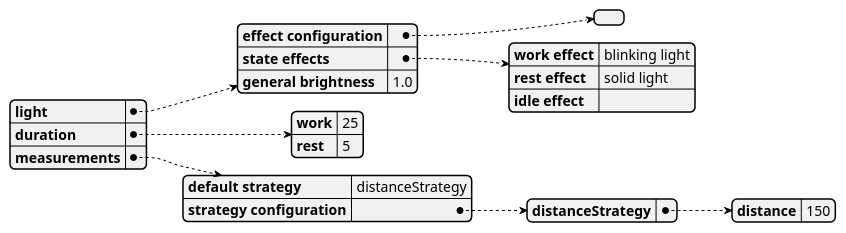
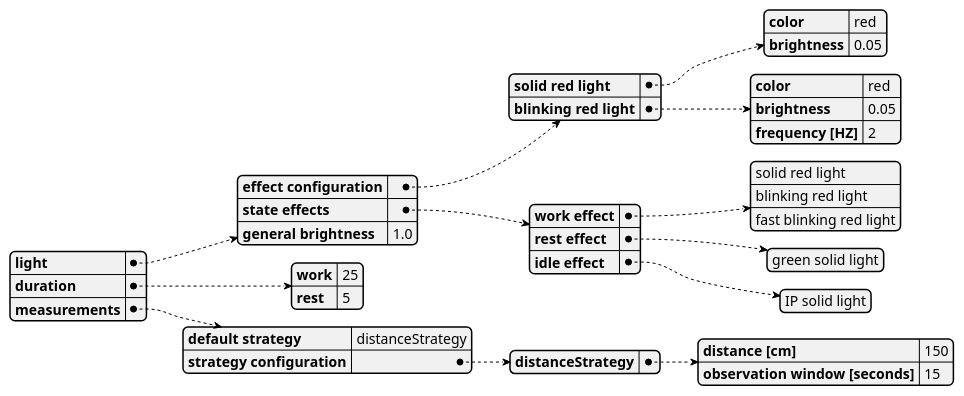
The diagram in docs/uml/configuration.puml (gmol/break-monitor), drawn with PlantUML before and after one commit. The commit also changed 2 other files, not shown here.

```diff
--- a/docs/uml/configuration.puml
+++ b/docs/uml/configuration.puml
@@ -1,25 +1,40 @@
 @startjson
 {
    "light":{
-     "effect configuration":{},
+     "effect configuration":{
+        "solid red light": {
+            "color": "red",
+            "brightness": 0.05
+        },
+        "blinking red light": {
+            "color": "red",
+            "brightness": 0.05,
+            "frequency [HZ]": 2
+        }
+     },
      "state effects": {
-       "work effect": "blinking light",
-       "rest effect": "solid light",
-       "idle effect": ""
+       "work effect": [
+        "solid red light",
+        "blinking red light",
+        "fast blinking red light"
+       ],
+       "rest effect": ["green solid light"],
+       "idle effect": ["IP solid light"]
      },
-     "general brightness": "1.0"
+     "general brightness": 1.0
    },
    "duration": {
-     "work" : "25",
-     "rest" : "5"
+     "work" : 25,
+     "rest" : 5
    },
    "measurements": {
      "default strategy" : "distanceStrategy",
      "strategy configuration": {
        "distanceStrategy" : {
-         "distance" : 150
+         "distance [cm]" : 150,
+         "observation window [seconds]" : 15
        }
      }
    }
 }
 @endjson
```
